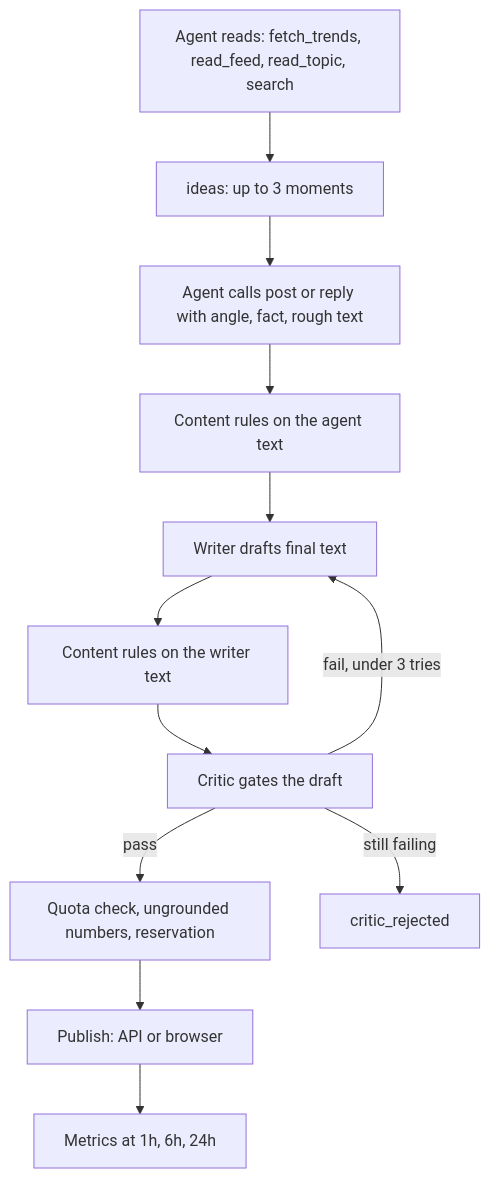
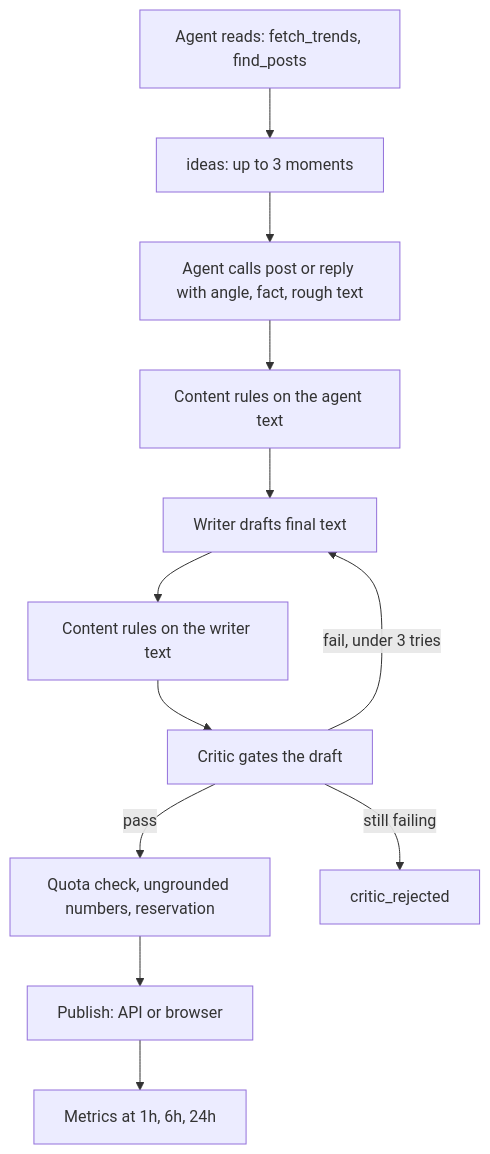
Before and after one commit to canhta/threadwalker: the diagram in docs/content.md, drawn with Mermaid. The commit also changed other lines of this file and 121 other files, not shown here.

First line of the commit message:
Durable post ids p<N>, one finder find_posts, reply target, open reply candidates, short tool specs (schema v13)

````diff
--- a/docs/content.md
+++ b/docs/content.md
@@ -7,14 +7,14 @@
 ```mermaid
 flowchart TD
-  R[Agent reads: fetch_trends, read_feed, read_topic, search] --> I[ideas: up to 3 moments]
+  R[Agent reads: fetch_trends, find_posts] --> I[ideas: up to 3 moments]
   I --> P[Agent calls post or reply with angle, fact, rough text]
   P --> C0[Content rules on the agent text]
   C0 --> W[Writer drafts final text]
   W --> C1[Content rules on the writer text]
   C1 --> K[Critic gates the draft]
   K -->|pass| G[Quota check, ungrounded numbers, reservation]
   K -->|fail, under 3 tries| W
   K -->|still failing| X[critic_rejected]
   G --> U[Publish: API or browser]
   U --> M[Metrics at 1h, 6h, 24h]
 ```
````
